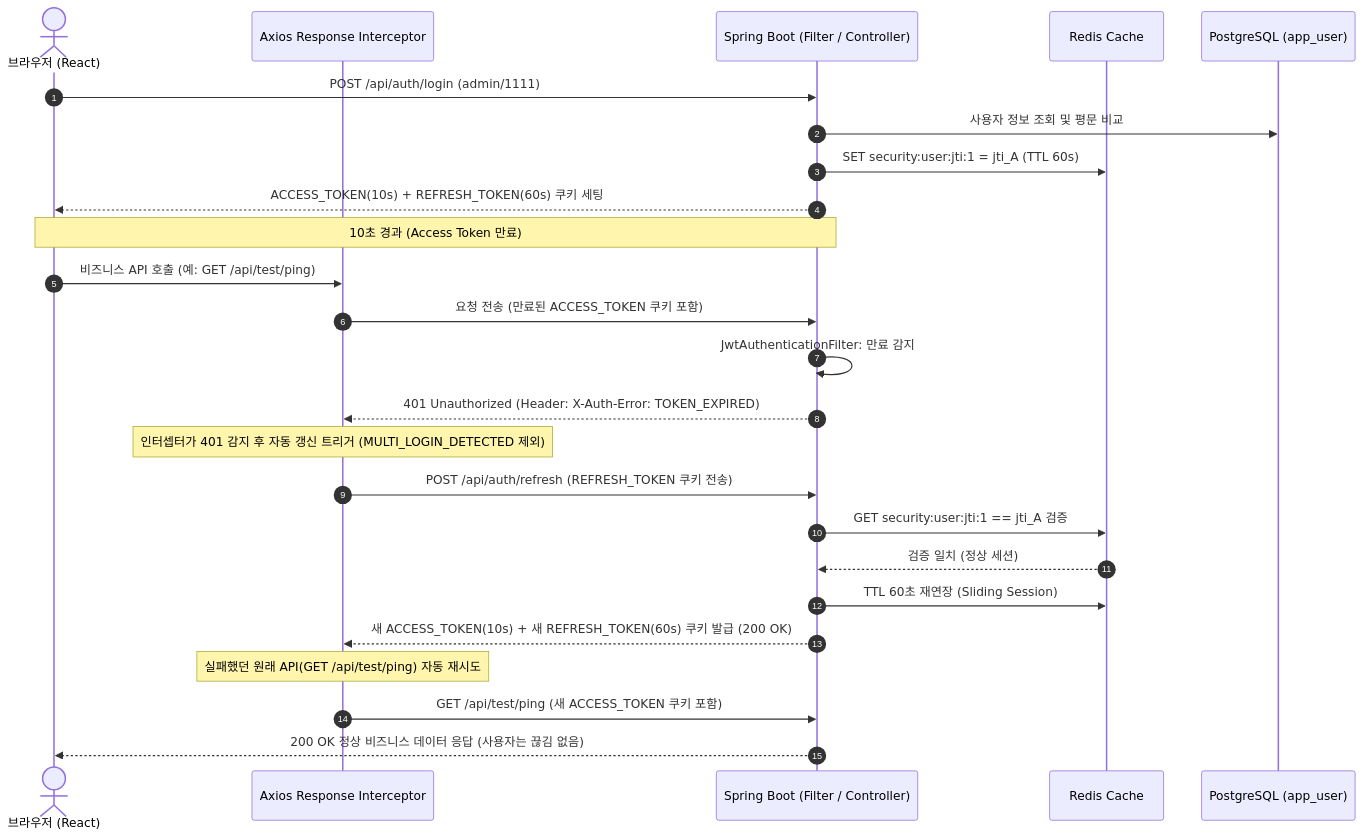
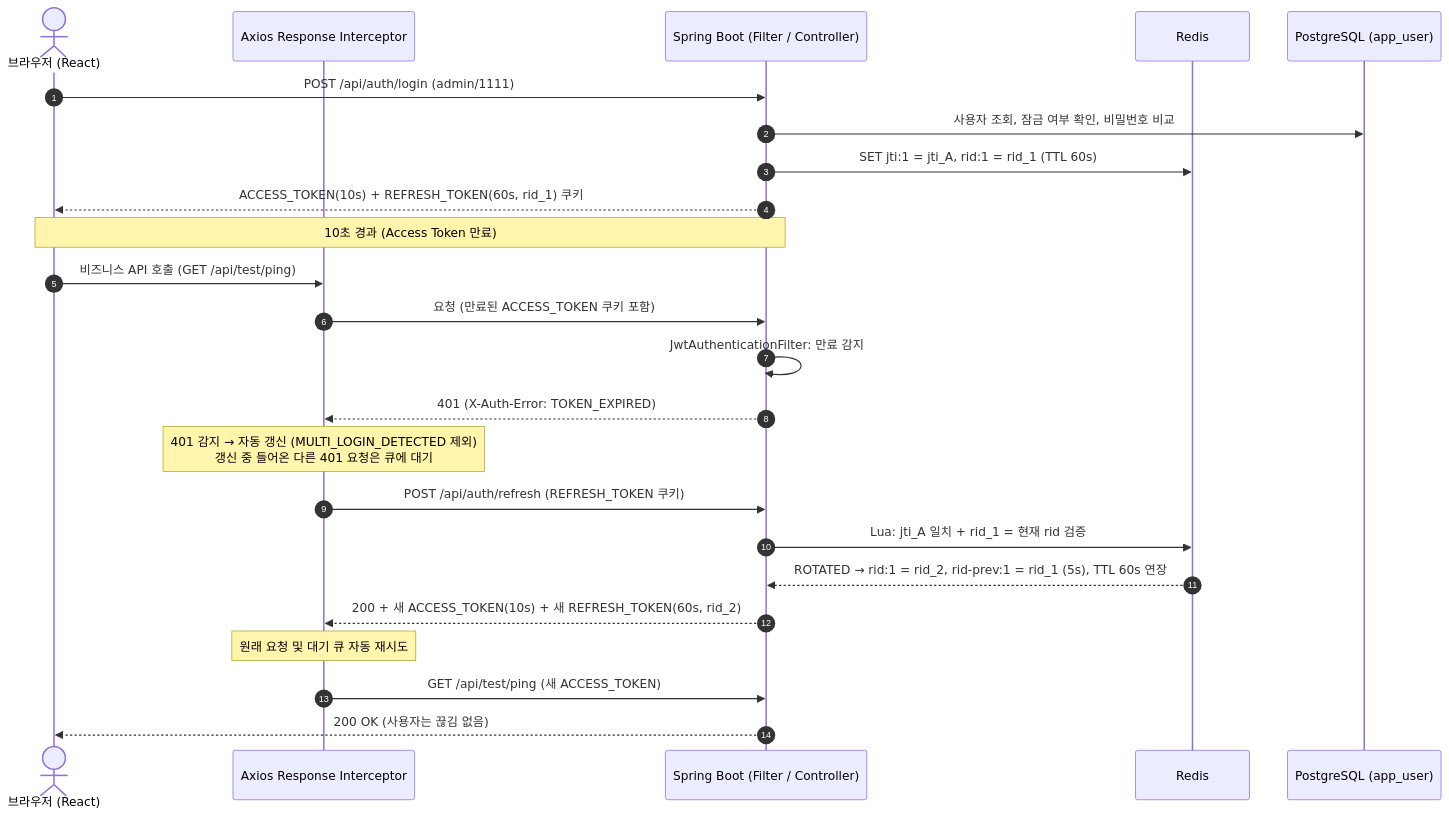
One commit to KimDoYoung/framework-sprt changed the third of 4 diagrams in docs/security-설계.md. Above: the diagram before and after it, drawn with Mermaid. The commit also changed other lines of this file, not shown here.

````diff
--- a/docs/security-설계.md
+++ b/docs/security-설계.md
@@ -166,32 +247,31 @@
 ```mermaid
 sequenceDiagram
     autonumber
     actor Client as 브라우저 (React)
     participant Interceptor as Axios Response Interceptor
     participant Backend as Spring Boot (Filter / Controller)
-    participant Redis as Redis Cache
+    participant Redis as Redis
     participant DB as PostgreSQL (app_user)
 
     Client->>Backend: POST /api/auth/login (admin/1111)
-    Backend->>DB: 사용자 정보 조회 및 평문 비교
-    Backend->>Redis: SET security:user:jti:1 = jti_A (TTL 60s)
-    Backend-->>Client: ACCESS_TOKEN(10s) + REFRESH_TOKEN(60s) 쿠키 세팅
-    
+    Backend->>DB: 사용자 조회, 잠금 여부 확인, 비밀번호 비교
+    Backend->>Redis: SET jti:1 = jti_A, rid:1 = rid_1 (TTL 60s)
+    Backend-->>Client: ACCESS_TOKEN(10s) + REFRESH_TOKEN(60s, rid_1) 쿠키
+
     Note over Client,Backend: 10초 경과 (Access Token 만료)
 
-    Client->>Interceptor: 비즈니스 API 호출 (예: GET /api/test/ping)
-    Interceptor->>Backend: 요청 전송 (만료된 ACCESS_TOKEN 쿠키 포함)
+    Client->>Interceptor: 비즈니스 API 호출 (GET /api/test/ping)
+    Interceptor->>Backend: 요청 (만료된 ACCESS_TOKEN 쿠키 포함)
     Backend->>Backend: JwtAuthenticationFilter: 만료 감지
-    Backend-->>Interceptor: 401 Unauthorized (Header: X-Auth-Error: TOKEN_EXPIRED)
-    
-    Note over Interceptor: 인터셉터가 401 감지 후 자동 갱신 트리거 (MULTI_LOGIN_DETECTED 제외)
-    Interceptor->>Backend: POST /api/auth/refresh (REFRESH_TOKEN 쿠키 전송)
-    Backend->>Redis: GET security:user:jti:1 == jti_A 검증
-    Redis-->>Backend: 검증 일치 (정상 세션)
-    Backend->>Redis: TTL 60초 재연장 (Sliding Session)
-    Backend-->>Interceptor: 새 ACCESS_TOKEN(10s) + 새 REFRESH_TOKEN(60s) 쿠키 발급 (200 OK)
-    
-    Note over Interceptor: 실패했던 원래 API(GET /api/test/ping) 자동 재시도
-    Interceptor->>Backend: GET /api/test/ping (새 ACCESS_TOKEN 쿠키 포함)
-    Backend-->>Client: 200 OK 정상 비즈니스 데이터 응답 (사용자는 끊김 없음)
+    Backend-->>Interceptor: 401 (X-Auth-Error: TOKEN_EXPIRED)
+
+    Note over Interceptor: 401 감지 → 자동 갱신 (MULTI_LOGIN_DETECTED 제외)<br/>갱신 중 들어온 다른 401 요청은 큐에 대기
+    Interceptor->>Backend: POST /api/auth/refresh (REFRESH_TOKEN 쿠키)
+    Backend->>Redis: Lua: jti_A 일치 + rid_1 = 현재 rid 검증
+    Redis-->>Backend: ROTATED → rid:1 = rid_2, rid-prev:1 = rid_1 (5s), TTL 60s 연장
+    Backend-->>Interceptor: 200 + 새 ACCESS_TOKEN(10s) + 새 REFRESH_TOKEN(60s, rid_2)
+
+    Note over Interceptor: 원래 요청 및 대기 큐 자동 재시도
+    Interceptor->>Backend: GET /api/test/ping (새 ACCESS_TOKEN)
+    Backend-->>Client: 200 OK (사용자는 끊김 없음)
 ```
````
